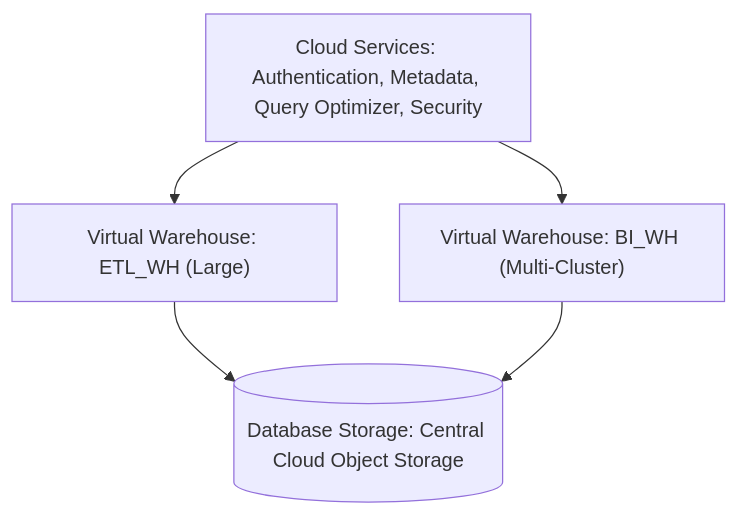
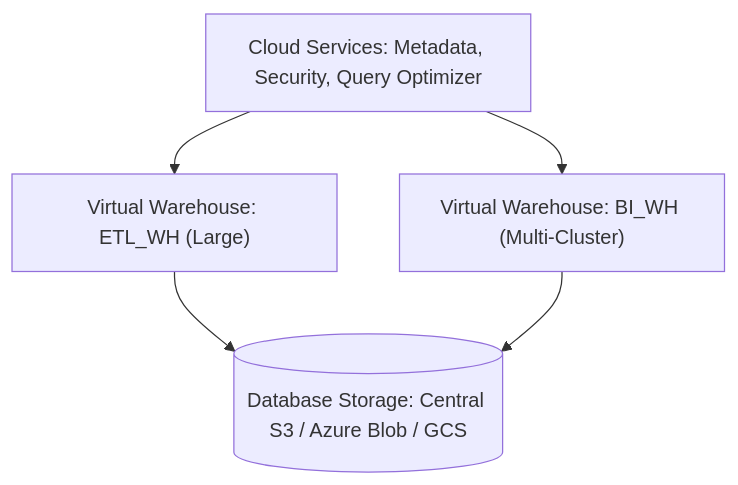
Before and after one commit to Prasanth631/Revature_Notes: the first of 3 diagrams in snowflake/Day_01_Snowflake_Fundamentals_and_Architecture.md, drawn with Mermaid. The commit also changed other lines of this file, not shown here.

````diff
--- a/snowflake/Day_01_Snowflake_Fundamentals_and_Architecture.md
+++ b/snowflake/Day_01_Snowflake_Fundamentals_and_Architecture.md
@@ -88,12 +80,12 @@
 ```mermaid
 flowchart TB
-    CS[Cloud Services: Authentication, Metadata, Query Optimizer, Security]
+    CS[Cloud Services: Metadata, Security, Query Optimizer]
     VW1["Virtual Warehouse: ETL_WH (Large)"]
     VW2["Virtual Warehouse: BI_WH (Multi-Cluster)"]
-    ST[(Database Storage: Central Cloud Object Storage)]
+    ST[(Database Storage: Central S3 / Azure Blob / GCS)]
 
     CS --> VW1
     CS --> VW2
     VW1 --> ST
     VW2 --> ST
 ```
````
